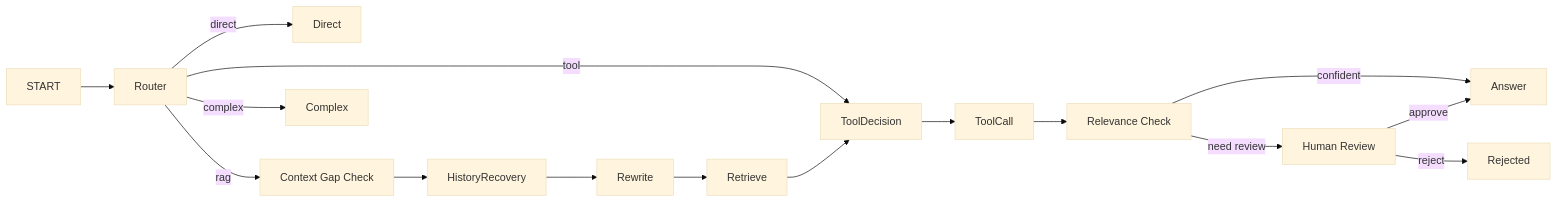
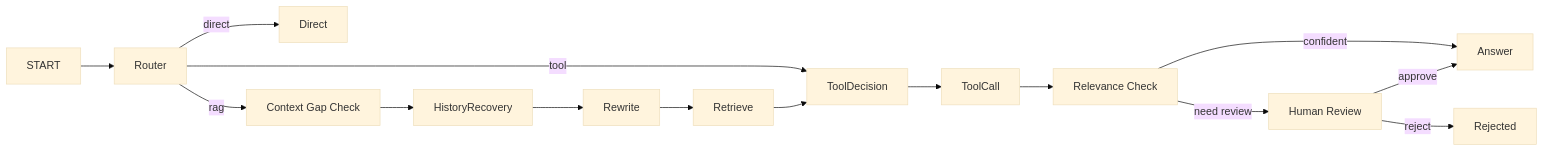
The diagram in docs/interview-preparation/06-rag-langgraph-checkpoint-hitl-sse.md (XueyuanChen-china/ai-knowledge-hub), drawn with Mermaid (base theme) before and after one commit. The commit also changed other lines of this file and 37 other files, not shown here.

````diff
--- a/docs/interview-preparation/06-rag-langgraph-checkpoint-hitl-sse.md
+++ b/docs/interview-preparation/06-rag-langgraph-checkpoint-hitl-sse.md
@@ -19,18 +19,17 @@
 ```mermaid
 flowchart LR
     START --> Router
     Router -->|direct| Direct
     Router -->|rag| Gap["Context Gap Check"]
-    Router -->|complex| Complex
     Router -->|tool| ToolDecision
     Gap --> HistoryRecovery
     HistoryRecovery --> Rewrite
     Rewrite --> Retrieve
     Retrieve --> ToolDecision
     ToolDecision --> ToolCall
     ToolCall --> Gate["Relevance Check"]
     Gate -->|confident| Answer
     Gate -->|need review| Review["Human Review"]
     Review -->|approve| Answer
     Review -->|reject| Rejected
 ```
````
